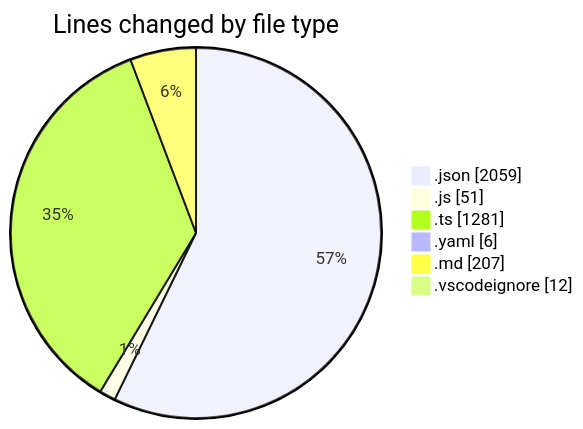
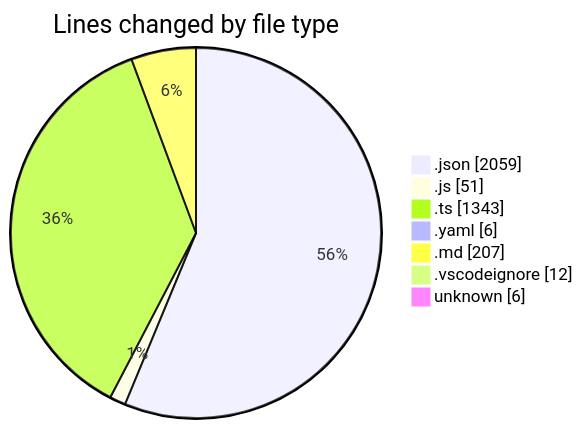
The first of 2 diagrams in 2024-12-29/my-code-activity-ext/README.md (ernivani/code-tracking), drawn with Mermaid before and after one commit. The commit also changed other lines of this file and 2 other files, not shown here.

````diff
--- a/2024-12-29/my-code-activity-ext/README.md
+++ b/2024-12-29/my-code-activity-ext/README.md
@@ -35,10 +36,11 @@
 ```mermaid
 pie showData
 title Lines changed by file type
 ".json" : 2059
 ".js" : 51
-".ts" : 1281
+".ts" : 1343
 ".yaml" : 6
 ".md" : 207
 ".vscodeignore" : 12
+"unknown" : 6
 ```
````
